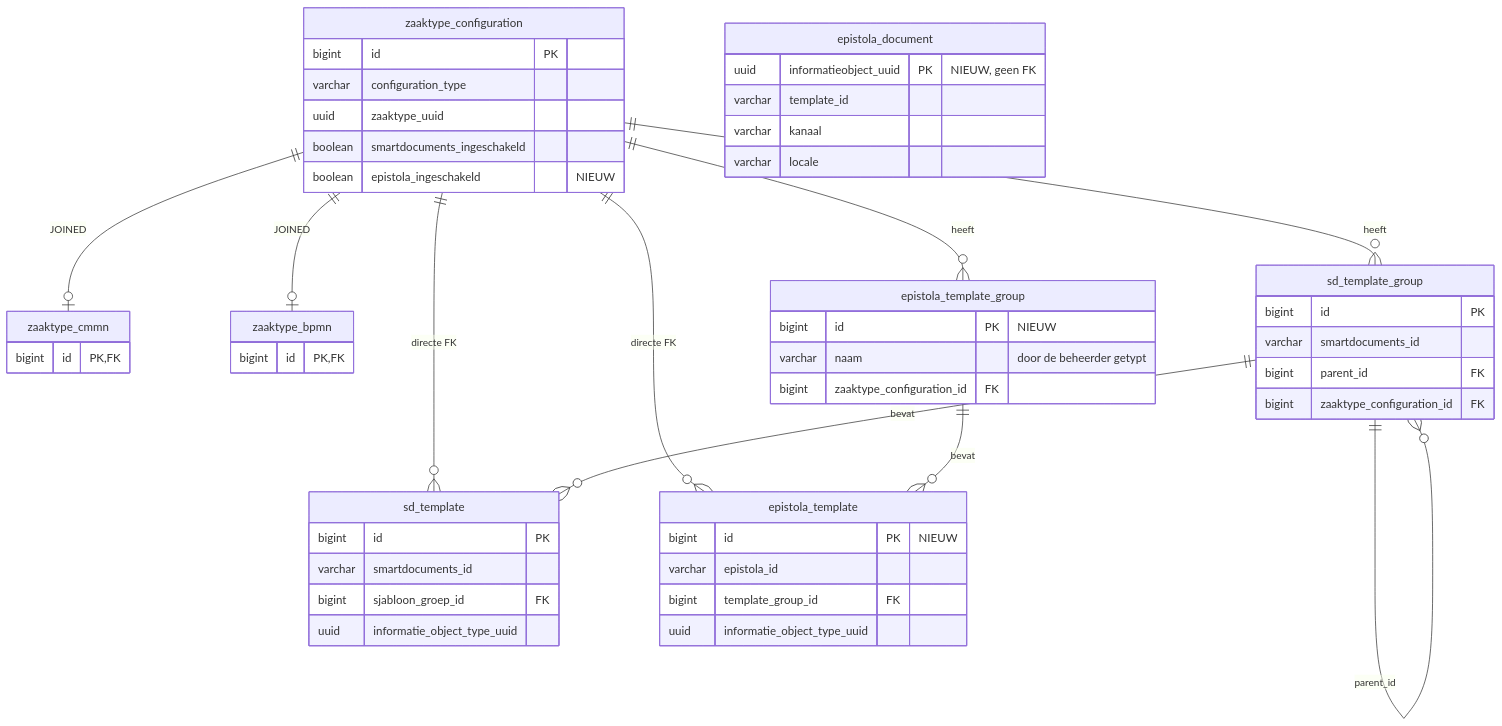
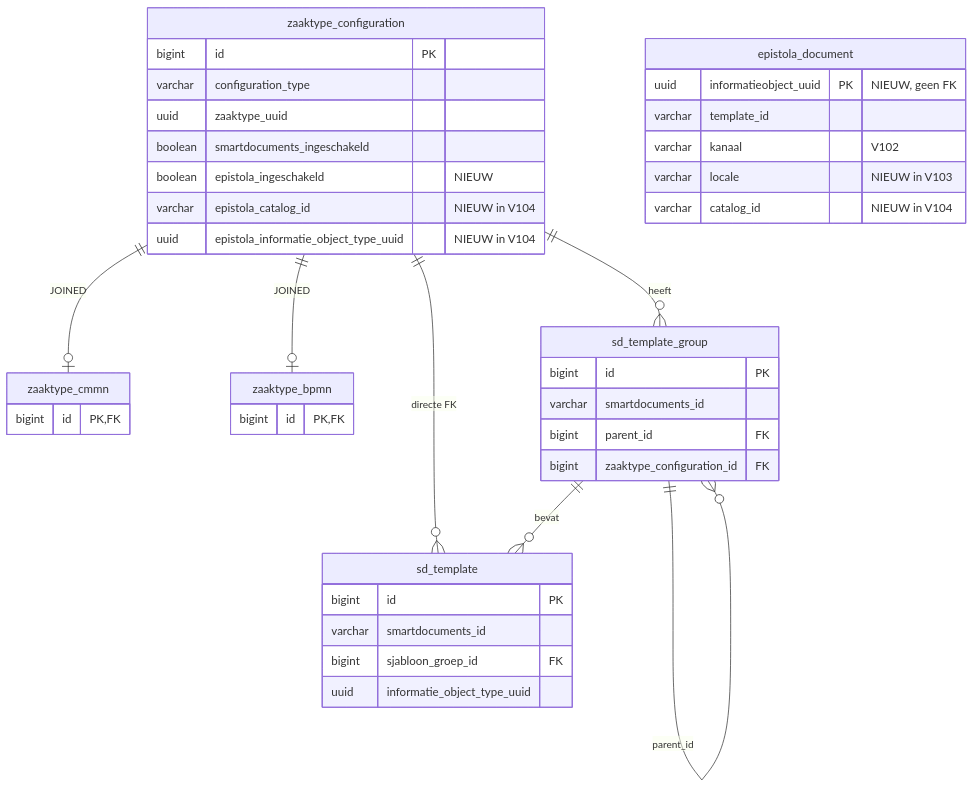
The diagram in docs/epistola/datamodel.md (infonl/zac-epistola-prototype), drawn with Mermaid before and after one commit. The commit also changed other lines of this file and 7 other files, not shown here.

First line of the commit message:
docs: describe the Epistola catalog per zaaktype in the design documents

````diff
--- a/docs/epistola/datamodel.md
+++ b/docs/epistola/datamodel.md
@@ -20,55 +26,44 @@
 ```mermaid
 erDiagram
     zaaktype_configuration ||--o| zaaktype_cmmn : "JOINED"
     zaaktype_configuration ||--o| zaaktype_bpmn : "JOINED"
     zaaktype_configuration ||--o{ sd_template_group : heeft
     zaaktype_configuration ||--o{ sd_template : "directe FK"
-    zaaktype_configuration ||--o{ epistola_template_group : heeft
-    zaaktype_configuration ||--o{ epistola_template : "directe FK"
     sd_template_group ||--o{ sd_template : bevat
     sd_template_group ||--o{ sd_template_group : parent_id
-    epistola_template_group ||--o{ epistola_template : bevat
 
     zaaktype_configuration {
         bigint id PK
         varchar configuration_type
         uuid zaaktype_uuid
         boolean smartdocuments_ingeschakeld
         boolean epistola_ingeschakeld "NIEUW"
+        varchar epistola_catalog_id "NIEUW in V104"
+        uuid epistola_informatie_object_type_uuid "NIEUW in V104"
     }
     zaaktype_cmmn {
         bigint id PK,FK
     }
     zaaktype_bpmn {
         bigint id PK,FK
     }
     sd_template_group {
         bigint id PK
         varchar smartdocuments_id
         bigint parent_id FK
         bigint zaaktype_configuration_id FK
     }
     sd_template {
         bigint id PK
         varchar smartdocuments_id
         bigint sjabloon_groep_id FK
         uuid informatie_object_type_uuid
     }
-    epistola_template_group {
-        bigint id PK "NIEUW"
-        varchar naam "door de beheerder getypt"
-        bigint zaaktype_configuration_id FK
-    }
-    epistola_template {
-        bigint id PK "NIEUW"
-        varchar epistola_id
-        bigint template_group_id FK
-        uuid informatie_object_type_uuid
-    }
     epistola_document {
         uuid informatieobject_uuid PK "NIEUW, geen FK"
         varchar template_id
-        varchar kanaal
-        varchar locale
+        varchar kanaal "V102"
+        varchar locale "NIEUW in V103"
+        varchar catalog_id "NIEUW in V104"
     }
 ```
````
